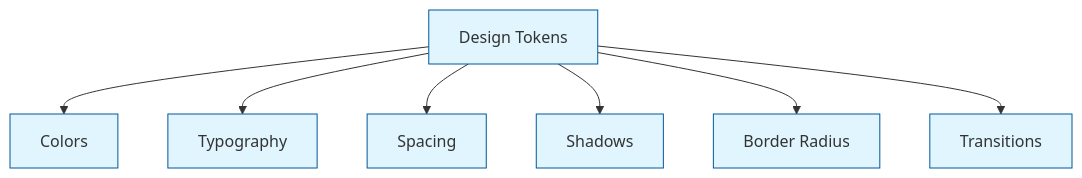
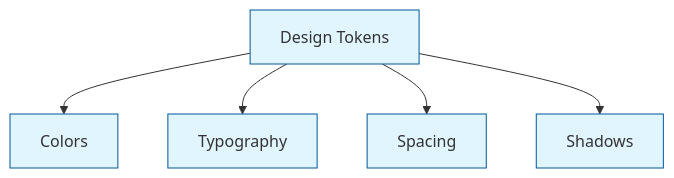
The second of 4 diagrams in docs/overview.md (vuesence/alt-ui), drawn with Mermaid before and after one commit. The commit also changed other lines of this file and 16 other files, not shown here.

````diff
--- a/docs/overview.md
+++ b/docs/overview.md
@@ -31,25 +33,19 @@
 ```mermaid
 graph TD
     Tokens[Design Tokens]
     Colors[Colors]
     Typography[Typography]
     Spacing[Spacing]
     Shadows[Shadows]
-    Radius[Border Radius]
-    Transitions[Transitions]
 
     Tokens --> Colors
     Tokens --> Typography
     Tokens --> Spacing
     Tokens --> Shadows
-    Tokens --> Radius
-    Tokens --> Transitions
 
     style Tokens fill:#e1f5fe,stroke:#01579b
     style Colors fill:#e1f5fe,stroke:#01579b
     style Typography fill:#e1f5fe,stroke:#01579b
     style Spacing fill:#e1f5fe,stroke:#01579b
     style Shadows fill:#e1f5fe,stroke:#01579b
-    style Radius fill:#e1f5fe,stroke:#01579b
-    style Transitions fill:#e1f5fe,stroke:#01579b
 ```
````
